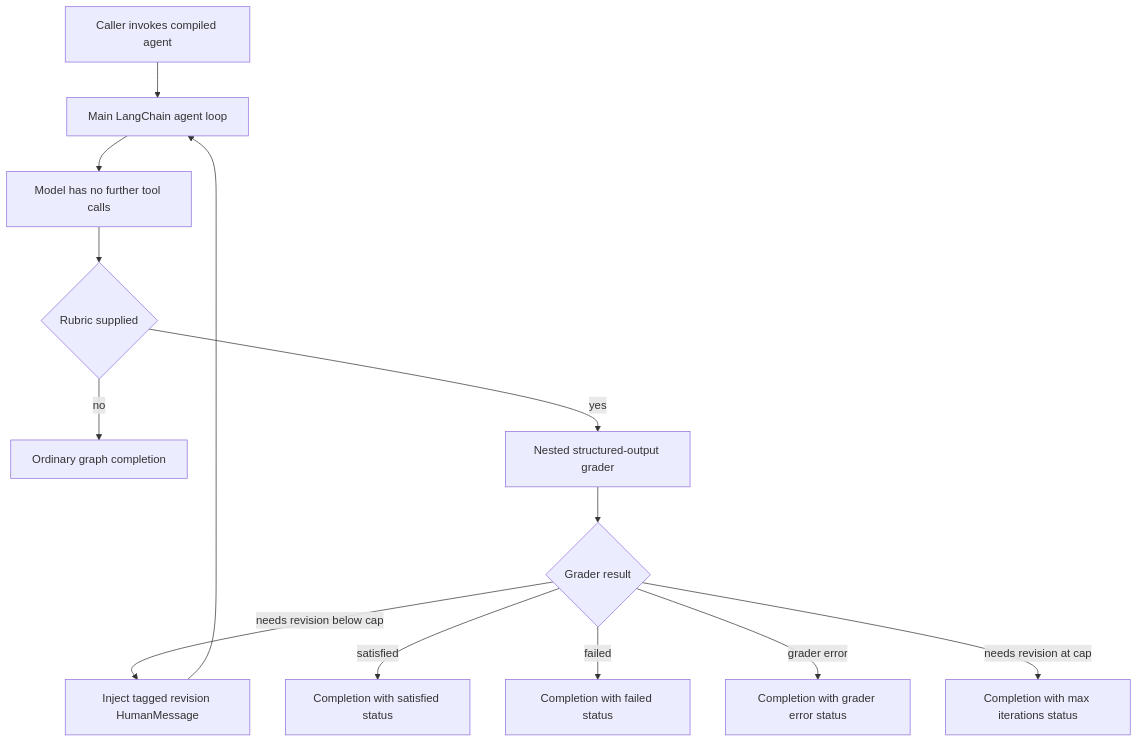
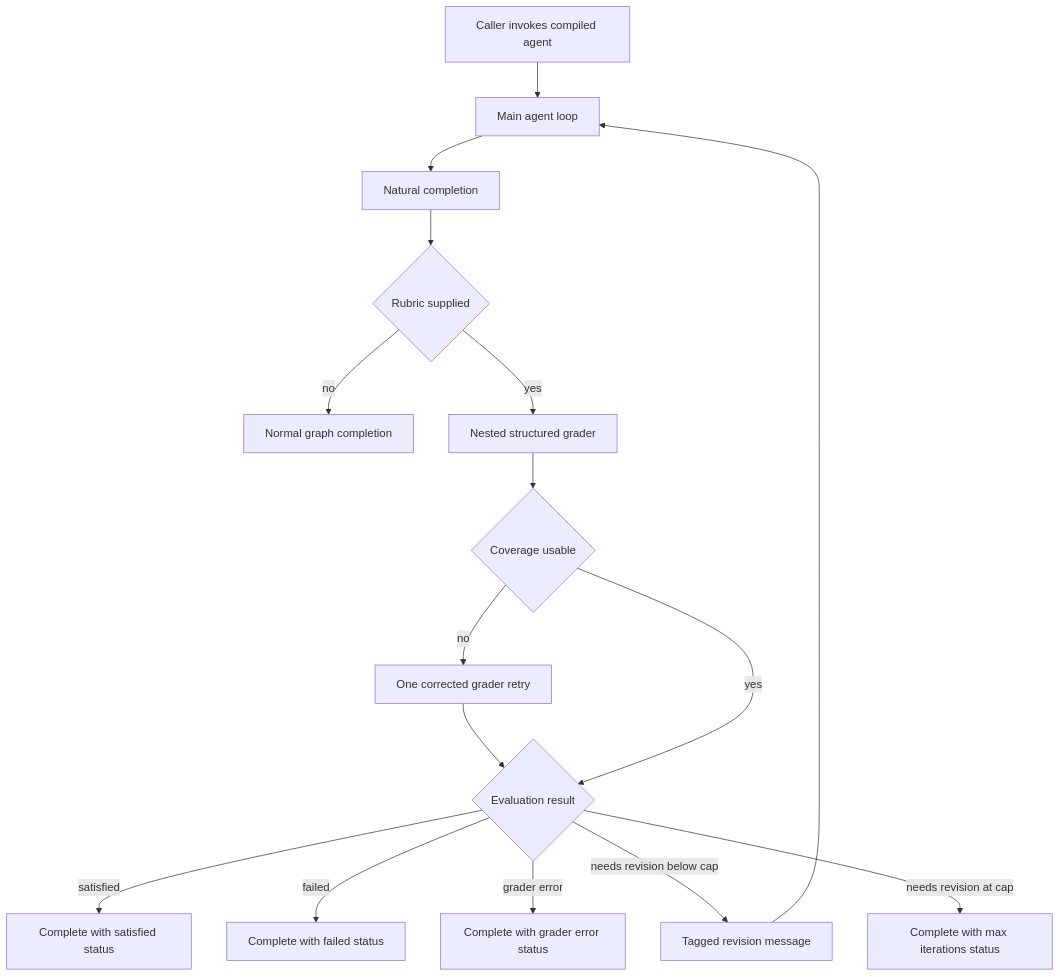
One commit to langchain-ai/deepagents changed the diagram in openwiki/architecture/sdk-construction-execution.md. Above: the diagram before and after it, drawn with Mermaid. The commit also changed other lines of this file and 33 other files, not shown here.

````diff
--- a/openwiki/architecture/sdk-construction-execution.md
+++ b/openwiki/architecture/sdk-construction-execution.md
@@ -169,15 +86,18 @@
 ```mermaid
 flowchart TD
-    Caller["Caller invokes compiled agent"] --> Main["Main LangChain agent loop"]
-    Main --> Natural["Model has no further tool calls"]
-    Natural --> HasRubric{"Rubric supplied"}
-    HasRubric -- "no" --> OrdinaryEnd["Ordinary graph completion"]
-    HasRubric -- "yes" --> Grader["Nested structured-output grader"]
-    Grader --> Verdict{"Grader result"}
-    Verdict -- "needs revision below cap" --> Feedback["Inject tagged revision HumanMessage"]
+    Caller["Caller invokes compiled agent"] --> Main["Main agent loop"]
+    Main --> Natural["Natural completion"]
+    Natural --> Present{"Rubric supplied"}
+    Present -- "no" --> Normal["Normal graph completion"]
+    Present -- "yes" --> Grade["Nested structured grader"]
+    Grade --> Coverage{"Coverage usable"}
+    Coverage -- "no" --> Retry["One corrected grader retry"]
+    Retry --> Verdict
+    Coverage -- "yes" --> Verdict{"Evaluation result"}
+    Verdict -- "satisfied" --> Accepted["Complete with satisfied status"]
+    Verdict -- "failed" --> Unevaluable["Complete with failed status"]
+    Verdict -- "grader error" --> Error["Complete with grader error status"]
+    Verdict -- "needs revision below cap" --> Feedback["Tagged revision message"]
     Feedback --> Main
-    Verdict -- "satisfied" --> Satisfied["Completion with satisfied status"]
-    Verdict -- "failed" --> Failed["Completion with failed status"]
-    Verdict -- "grader error" --> Error["Completion with grader error status"]
-    Verdict -- "needs revision at cap" --> Capped["Completion with max iterations status"]
+    Verdict -- "needs revision at cap" --> Capped["Complete with max iterations status"]
 ```
````
